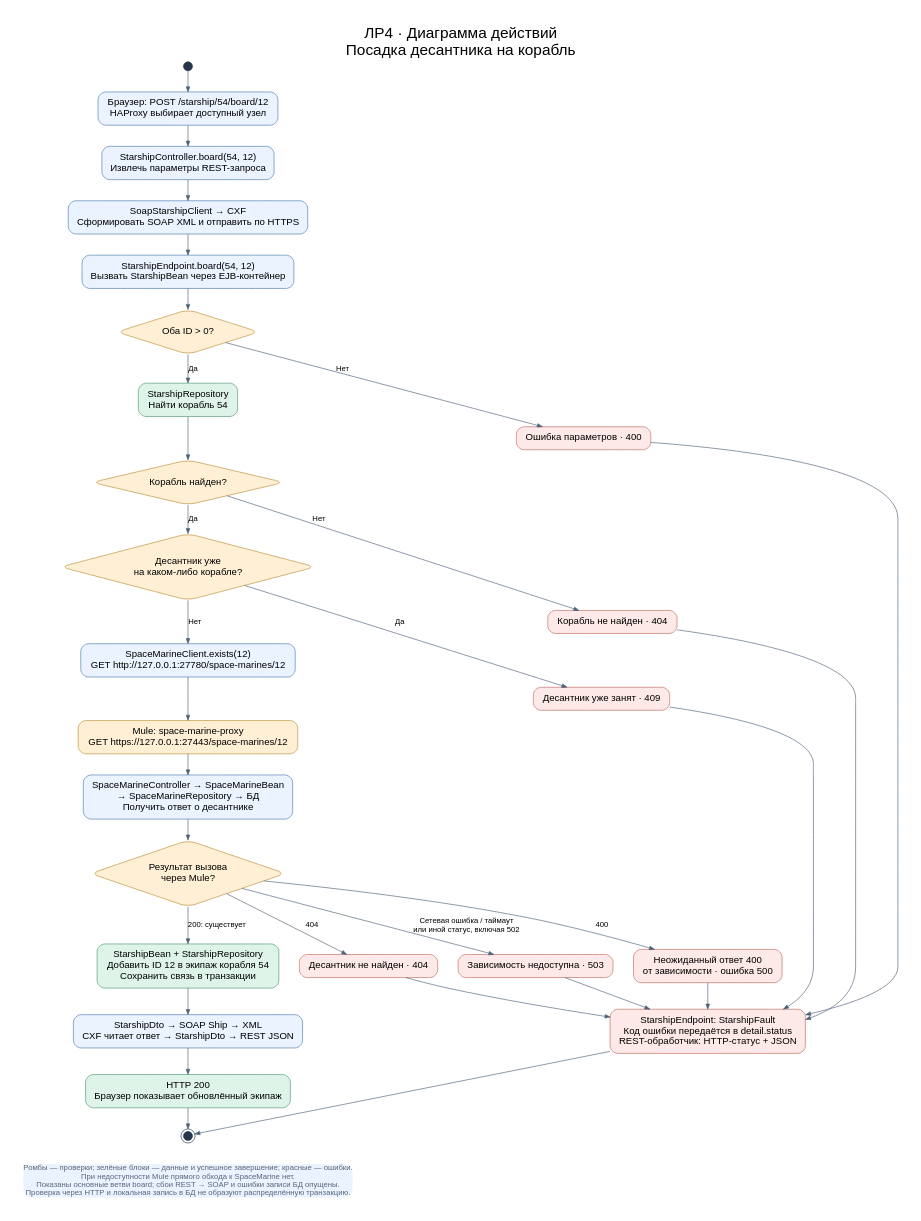
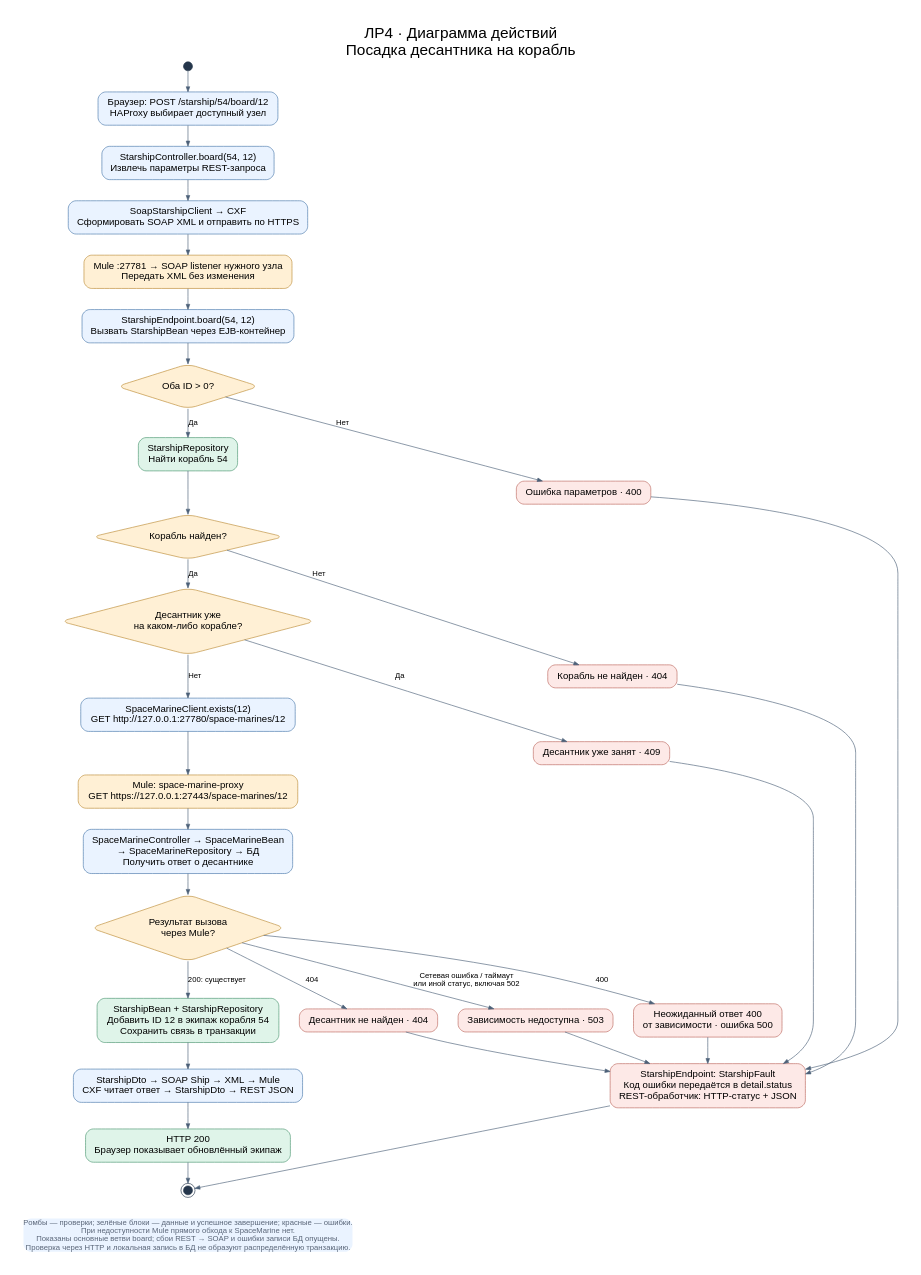
The diagram in docs/diagrams/lab4-activity.dot (arekalov/soa-labs), drawn with Graphviz before and after one commit. The commit also changed 18 other files, not shown here.

Commit message:
Route Starship facade SOAP calls through Mule and update diagrams

```diff
--- a/docs/diagrams/lab4-activity.dot
+++ b/docs/diagrams/lab4-activity.dot
@@ -1,53 +1,54 @@
 digraph Activity {
   graph [rankdir=TB, bgcolor="#ffffff", pad=0.4, nodesep=0.45, ranksep=0.45, fontname="Arial", fontsize=24, labelloc=t, label="ЛР4 · Диаграмма действий\nПосадка десантника на корабль"];
   node [shape=box, style="rounded,filled", fillcolor="#eaf3ff", color="#4978ab", fontname="Arial", fontsize=15, margin="0.2,0.13"];
   edge [fontname="Arial", fontsize=12, color="#4c6078", arrowsize=0.8];
   start [shape=circle, label="", width=0.2, style=filled, fillcolor="#25364b", color="#25364b"];
   request [label="Браузер: POST /starship/54/board/12\nHAProxy выбирает доступный узел"];
   controller [label="StarshipController.board(54, 12)\nИзвлечь параметры REST-запроса"];
   soap [label="SoapStarshipClient → CXF\nСформировать SOAP XML и отправить по HTTPS"];
+  soapmule [label="Mule :27781 → SOAP listener нужного узла\nПередать XML без изменения", fillcolor="#fff0d5", color="#bc8b34"];
   endpoint [label="StarshipEndpoint.board(54, 12)\nВызвать StarshipBean через EJB-контейнер"];
   ids [shape=diamond, label="Оба ID > 0?", fillcolor="#fff0d5", color="#bc8b34"];
   find [label="StarshipRepository\nНайти корабль 54", fillcolor="#dff4e9", color="#4b9671"];
   found [shape=diamond, label="Корабль найден?", fillcolor="#fff0d5", color="#bc8b34"];
   occupied [shape=diamond, label="Десантник уже\nна каком-либо корабле?", fillcolor="#fff0d5", color="#bc8b34"];
   check [label="SpaceMarineClient.exists(12)\nGET http://127.0.0.1:27780/space-marines/12"];
   mule [label="Mule: space-marine-proxy\nGET https://127.0.0.1:27443/space-marines/12", fillcolor="#fff0d5", color="#bc8b34"];
   sm [label="SpaceMarineController → SpaceMarineBean\n→ SpaceMarineRepository → БД\nПолучить ответ о десантнике"];
   status [shape=diamond, label="Результат вызова\nчерез Mule?", fillcolor="#fff0d5", color="#bc8b34"];
   save [label="StarshipBean + StarshipRepository\nДобавить ID 12 в экипаж корабля 54\nСохранить связь в транзакции", fillcolor="#dff4e9", color="#4b9671"];
-  result [label="StarshipDto → SOAP Ship → XML\nCXF читает ответ → StarshipDto → REST JSON"];
+  result [label="StarshipDto → SOAP Ship → XML → Mule\nCXF читает ответ → StarshipDto → REST JSON"];
   ok [label="HTTP 200\nБраузер показывает обновлённый экипаж", fillcolor="#dff4e9", color="#4b9671"];
   bad [label="Ошибка параметров · 400", fillcolor="#fde9e7", color="#bc675e"];
   noship [label="Корабль не найден · 404", fillcolor="#fde9e7", color="#bc675e"];
   conflict [label="Десантник уже занят · 409", fillcolor="#fde9e7", color="#bc675e"];
   nomarine [label="Десантник не найден · 404", fillcolor="#fde9e7", color="#bc675e"];
   unavailable [label="Зависимость недоступна · 503", fillcolor="#fde9e7", color="#bc675e"];
   internal [label="Неожиданный ответ 400\nот зависимости · ошибка 500", fillcolor="#fde9e7", color="#bc675e"];
   fault [label="StarshipEndpoint: StarshipFault\nКод ошибки передаётся в detail.status\nREST-обработчик: HTTP-статус + JSON", fillcolor="#fde9e7", color="#bc675e"];
   finish [shape=doublecircle, label="", width=0.2, style=filled, fillcolor="#25364b", color="#25364b"];
   { node [group="main"]; start; request; controller; soap; endpoint; ids; find; found; occupied; check; mule; sm; status; save; result; ok; finish; }
-  start -> request -> controller -> soap -> endpoint -> ids [weight=30];
+  start -> request -> controller -> soap -> soapmule -> endpoint -> ids [weight=30];
   ids -> find [label="Да", weight=30];
   ids -> bad [label="Нет"];
   find -> found [weight=30];
   found -> occupied [label="Да", weight=30];
   found -> noship [label="Нет"];
   occupied -> check [label="Нет", weight=30];
   occupied -> conflict [label="Да"];
   check -> mule -> sm -> status [weight=30];
   status -> save [label="200: существует", weight=30];
   status -> nomarine [label="404"];
   status -> unavailable [label="Сетевая ошибка / таймаут\nили иной статус, включая 502"];
   status -> internal [label="400"];
   save -> result -> ok -> finish [weight=30];
   bad -> fault;
   noship -> fault;
   conflict -> fault;
   nomarine -> fault;
   unavailable -> fault;
   internal -> fault;
   fault -> finish;
   note [shape=plain, fontsize=12, fontcolor="#596578", label="Ромбы — проверки; зелёные блоки — данные и успешное завершение; красные — ошибки.\nПри недоступности Mule прямого обхода к SpaceMarine нет.\nПоказаны основные ветви board; сбои REST → SOAP и ошибки записи БД опущены.\nПроверка через HTTP и локальная запись в БД не образуют распределённую транзакцию."];
   finish -> note [style=invis];
 }
```
